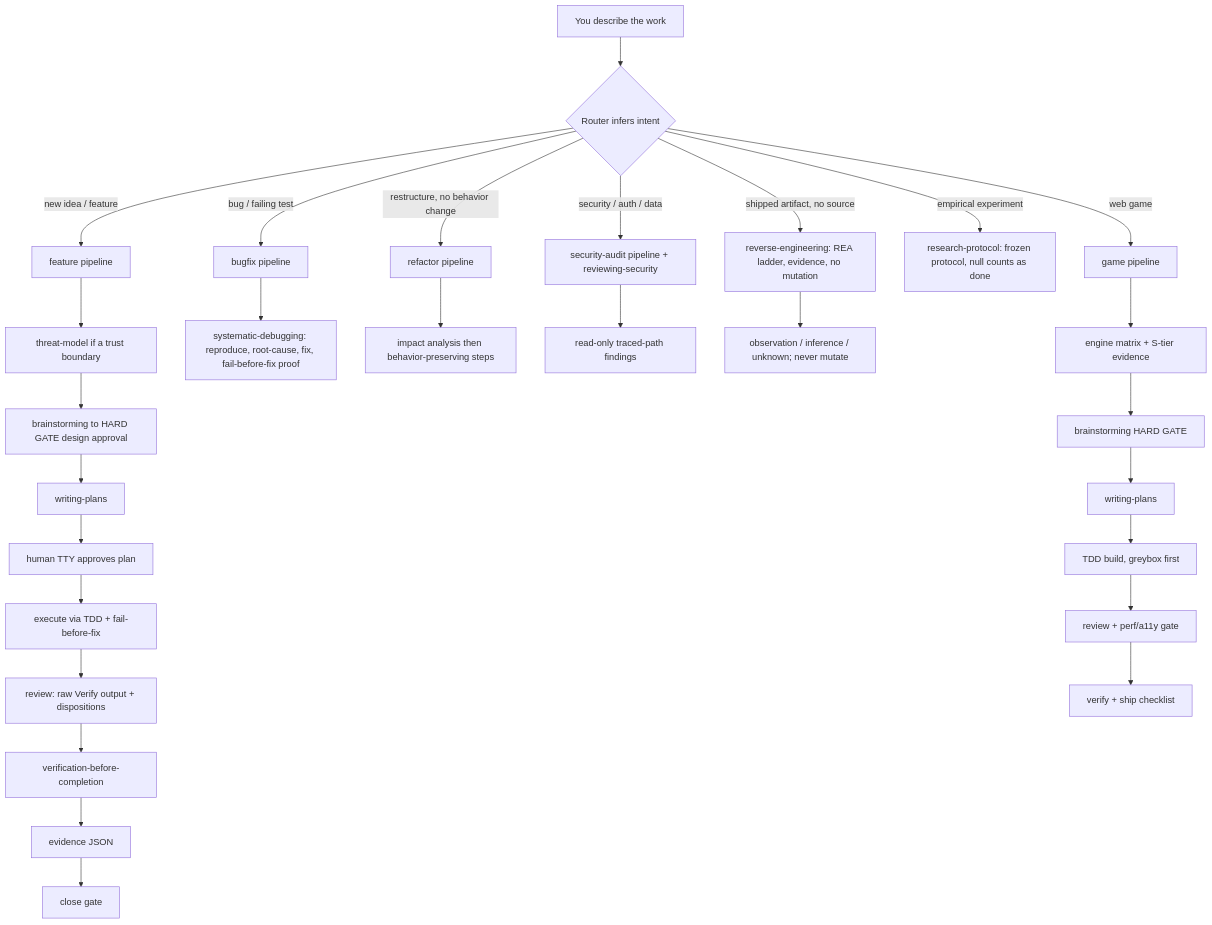
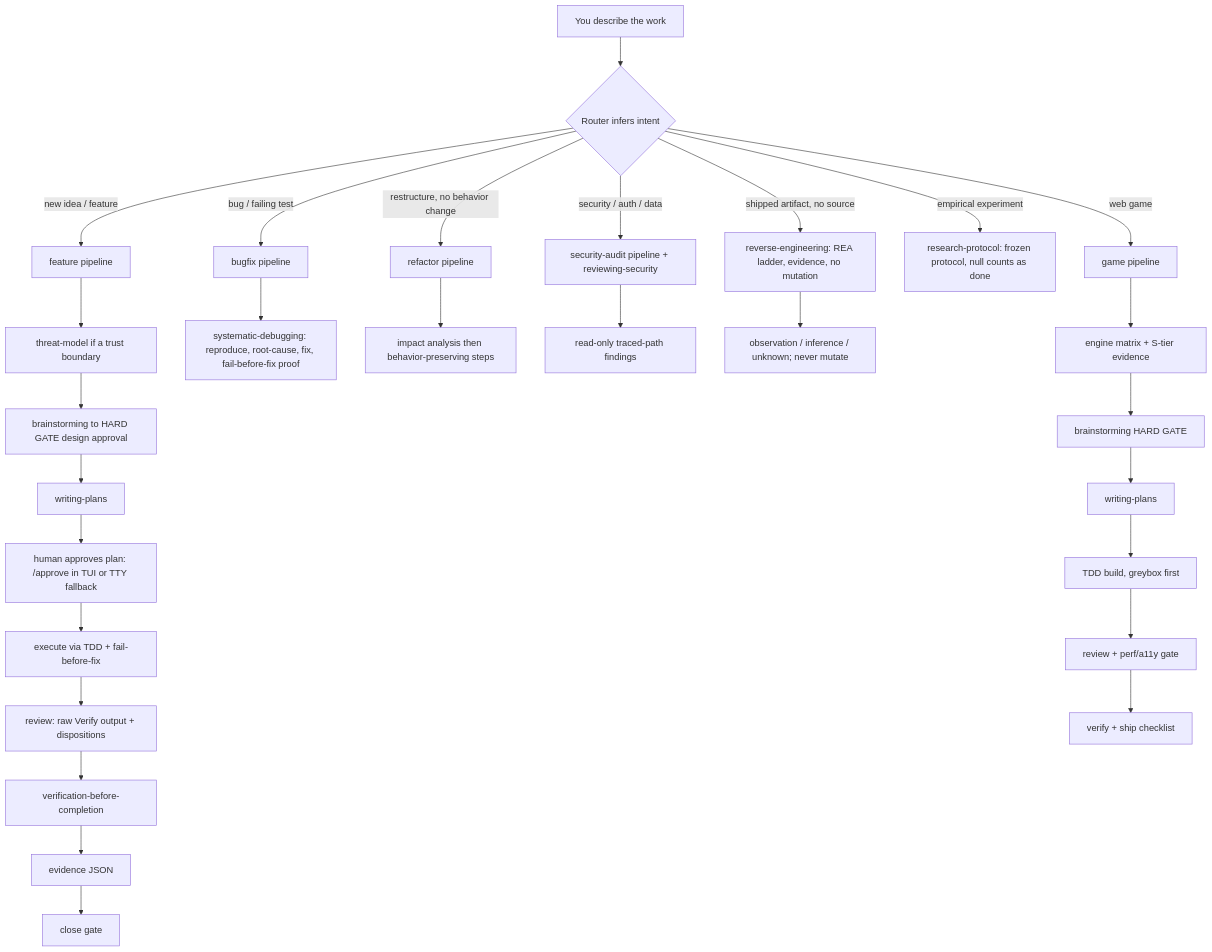
Before and after one commit to garikipatisai-code/sdlc-lean: the diagram in README.md, drawn with Mermaid. The commit also changed other lines of this file and 10 other files, not shown here.

First line of the commit message:
feat: TUI /approve command for human plan approval

````diff
--- a/README.md
+++ b/README.md
@@ -10,17 +10,17 @@
 ```mermaid
 flowchart TD
     U[You describe the work] --> R{Router infers intent}
     R -->|new idea / feature| F[feature pipeline]
     R -->|bug / failing test| B[bugfix pipeline]
     R -->|restructure, no behavior change| RF[refactor pipeline]
     R -->|security / auth / data| S[security-audit pipeline + reviewing-security]
     R -->|shipped artifact, no source| RE[reverse-engineering: REA ladder, evidence, no mutation]
     R -->|empirical experiment| RS[research-protocol: frozen protocol, null counts as done]
     R -->|web game| G[game pipeline]
-    F --> TH[threat-model if a trust boundary] --> FB[brainstorming to HARD GATE design approval] --> FP[writing-plans] --> HA[human TTY approves plan] --> FI[execute via TDD + fail-before-fix] --> FR[review: raw Verify output + dispositions] --> FV[verification-before-completion] --> FE[evidence JSON] --> FC[close gate]
+    F --> TH[threat-model if a trust boundary] --> FB[brainstorming to HARD GATE design approval] --> FP[writing-plans] --> HA["human approves plan: /approve in TUI or TTY fallback"] --> FI[execute via TDD + fail-before-fix] --> FR[review: raw Verify output + dispositions] --> FV[verification-before-completion] --> FE[evidence JSON] --> FC[close gate]
     B --> BR[systematic-debugging: reproduce, root-cause, fix, fail-before-fix proof]
     RF --> RI[impact analysis then behavior-preserving steps]
     S --> SR[read-only traced-path findings]
     RE --> RR[observation / inference / unknown; never mutate]
     G --> GB[engine matrix + S-tier evidence] --> GD[brainstorming HARD GATE] --> GP[writing-plans] --> GI[TDD build, greybox first] --> GR[review + perf/a11y gate] --> GV[verify + ship checklist]
 ```
````
